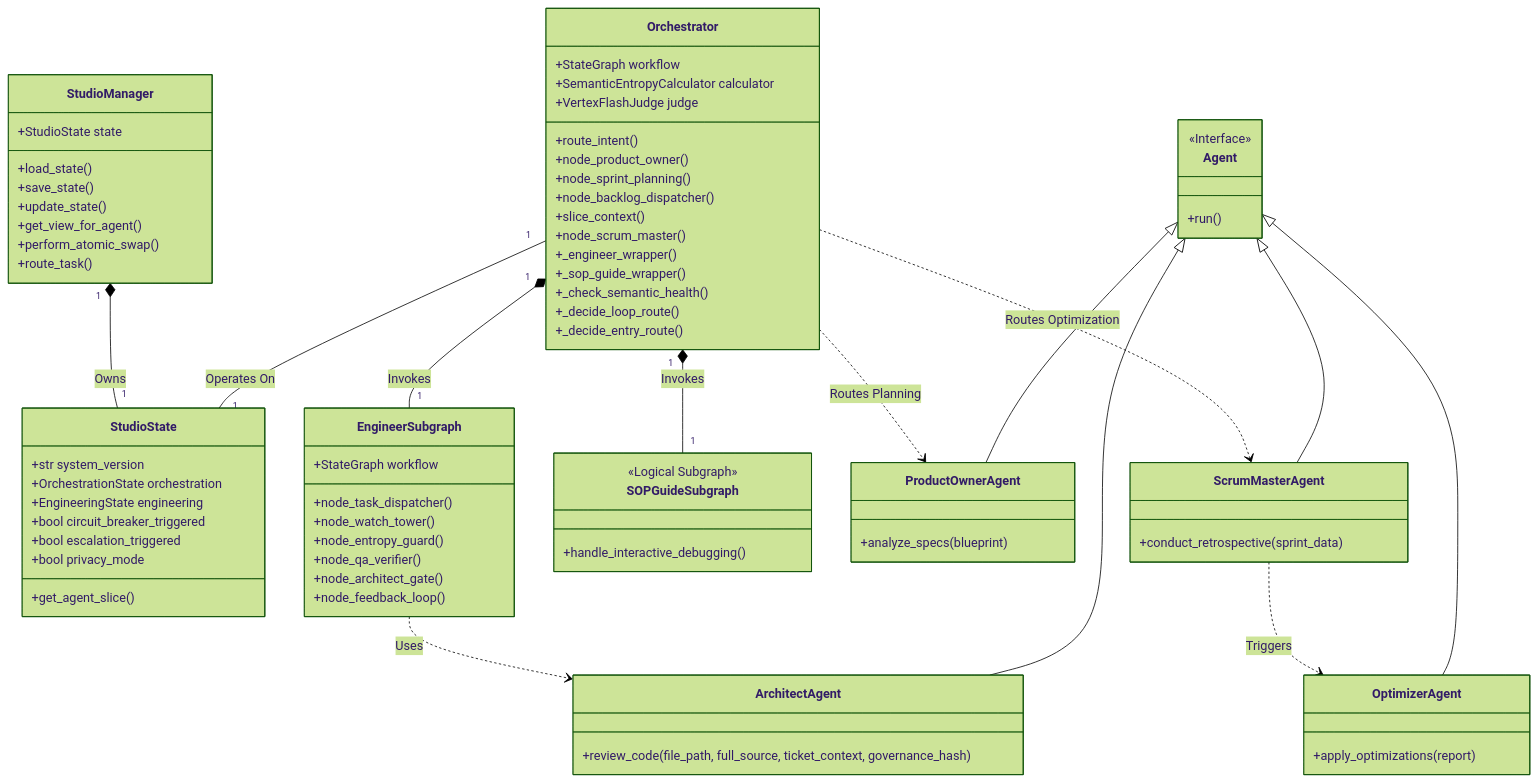
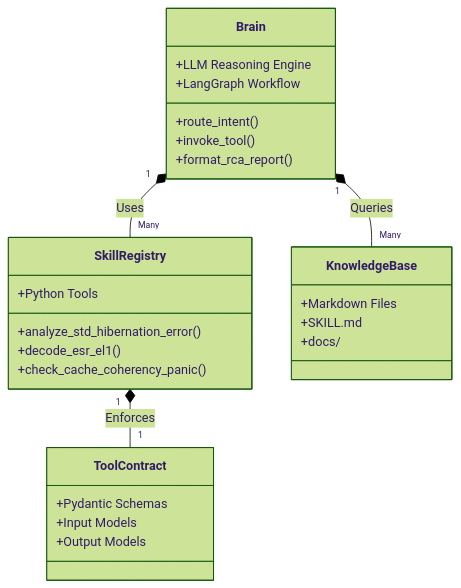
Before and after one commit to jonaschen/ai-bsp-agent: the diagram in DESIGN.md, drawn with Mermaid (forest theme). The commit also changed other lines of this file and 1 other file, not shown here.

First line of the commit message:
docs: update README.md and DESIGN.md to reflect Skill-Based Expert Agent pivot

````diff
--- a/DESIGN.md
+++ b/DESIGN.md
@@ -17,88 +18,33 @@
 ```mermaid
 classDiagram
-    class StudioManager {
-        +StudioState state
-        +load_state()
-        +save_state()
-        +update_state()
-        +get_view_for_agent()
-        +perform_atomic_swap()
-        +route_task()
+    class Brain {
+        +LLM Reasoning Engine
+        +LangGraph Workflow
+        +route_intent()
+        +invoke_tool()
+        +format_rca_report()
     }
 
-    class Orchestrator {
-        +StateGraph workflow
-        +SemanticEntropyCalculator calculator
-        +VertexFlashJudge judge
-        +route_intent()
-        +node_product_owner()
-        +node_sprint_planning()
-        +node_backlog_dispatcher()
-        +slice_context()
-        +node_scrum_master()
-        +_engineer_wrapper()
-        +_sop_guide_wrapper()
-        +_check_semantic_health()
-        +_decide_loop_route()
-        +_decide_entry_route()
+    class SkillRegistry {
+        +Python Tools
+        +analyze_std_hibernation_error()
+        +decode_esr_el1()
+        +check_cache_coherency_panic()
     }
 
-    class StudioState {
-        +str system_version
-        +OrchestrationState orchestration
-        +EngineeringState engineering
-        +bool circuit_breaker_triggered
-        +bool escalation_triggered
-        +bool privacy_mode
-        +get_agent_slice()
+    class KnowledgeBase {
+        +Markdown Files
+        +SKILL.md
+        +docs/
     }
 
-    class EngineerSubgraph {
-        +StateGraph workflow
-        +node_task_dispatcher()
-        +node_watch_tower()
-        +node_entropy_guard()
-        +node_qa_verifier()
-        +node_architect_gate()
-        +node_feedback_loop()
+    class ToolContract {
+        +Pydantic Schemas
+        +Input Models
+        +Output Models
     }
 
-    class SOPGuideSubgraph {
-        <<Logical Subgraph>>
-        +handle_interactive_debugging()
-    }
-
-    class Agent {
-        <<Interface>>
-        +run()
-    }
-
-    class ArchitectAgent {
-        +review_code(file_path, full_source, ticket_context, governance_hash)
-    }
-
-    class ProductOwnerAgent {
-        +analyze_specs(blueprint)
-    }
-
-    class ScrumMasterAgent {
-        +conduct_retrospective(sprint_data)
-    }
-
-    class OptimizerAgent {
-        +apply_optimizations(report)
-    }
-
-    StudioManager "1" *-- "1" StudioState : Owns
-    Orchestrator "1" -- "1" StudioState : Operates On
-    Orchestrator "1" *-- "1" EngineerSubgraph : Invokes
-    Orchestrator "1" *-- "1" SOPGuideSubgraph : Invokes
-    EngineerSubgraph ..> ArchitectAgent : Uses
-    Orchestrator ..> ProductOwnerAgent : Routes Planning
-    Orchestrator ..> ScrumMasterAgent : Routes Optimization
-    ScrumMasterAgent ..> OptimizerAgent : Triggers
-    Agent <|-- ArchitectAgent
-    Agent <|-- ProductOwnerAgent
-    Agent <|-- ScrumMasterAgent
-    Agent <|-- OptimizerAgent
+    Brain "1" *-- "Many" SkillRegistry : Uses
+    Brain "1" *-- "Many" KnowledgeBase : Queries
+    SkillRegistry "1" *-- "1" ToolContract : Enforces
 ```
````
